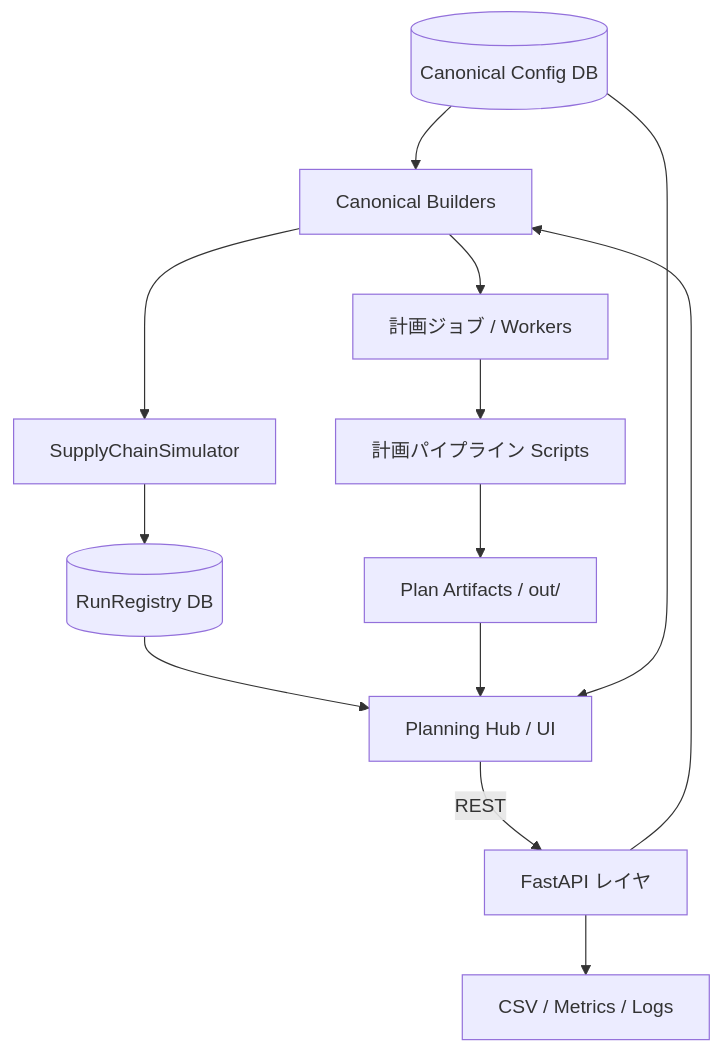
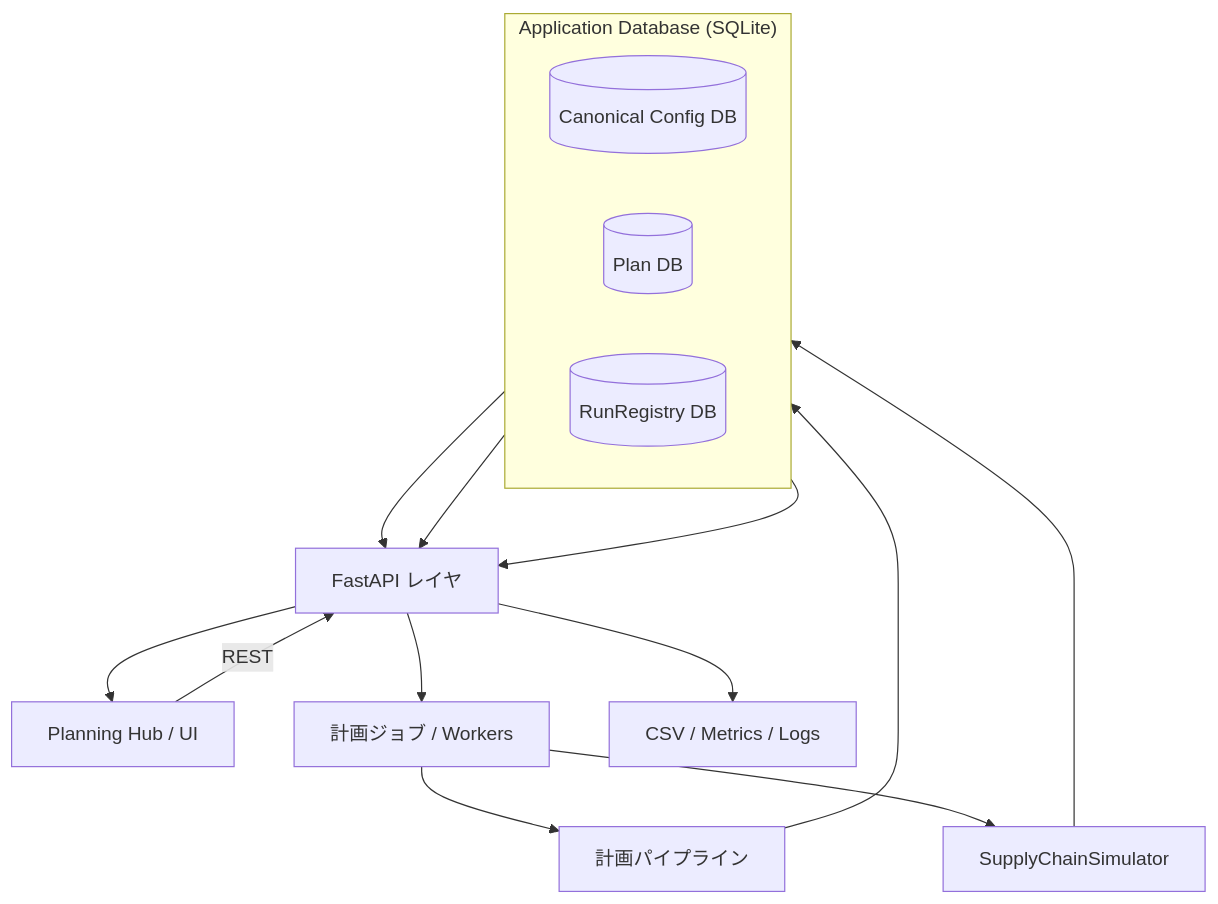
One commit to miumigy/scpln changed the third of 3 diagrams in README.md. Above: the diagram before and after it, drawn with Mermaid. The commit also changed other lines of this file, not shown here.

Commit message:
docs: アーキテクチャ図をPlan DB化に合わせて更新
ユーザーからの指摘を受け、README.mdのアーキテクチャ図を修正。
ファイルベースの成果物(`out/`)への言及を削除し、Plan DBを明示。
UIとパイプラインがDBを介して連携する現在のフローを反映させた。

````diff
--- a/README.md
+++ b/README.md
@@ -199,15 +199,27 @@
 ```mermaid
 flowchart TD
-  Config[(Canonical Config DB)] --> Builder[Canonical Builders]
+  subgraph "Application Database (SQLite)"
+    direction LR
+    ConfigDB[(Canonical Config DB)]
+    PlanDB[(Plan DB)]
+    RunDB[(RunRegistry DB)]
+  end
+
   UI[Planning Hub / UI] -->|REST| API[FastAPI レイヤ]
-  API --> Builder
-  Builder --> Jobs[計画ジョブ / Workers]
-  Builder --> Sim[SupplyChainSimulator]
-  Jobs --> Pipelines[計画パイプライン Scripts]
-  Pipelines --> Artifacts[Plan Artifacts / out/]
-  Sim --> RunDB[(RunRegistry DB)]
-  RunDB --> UI
-  Artifacts --> UI
+  
+  API --> Jobs[計画ジョブ / Workers]
+  
+  Jobs --> Pipelines[計画パイプライン]
+  Jobs --> Sim[SupplyChainSimulator]
+
+  Pipelines --> PlanDB
+  Sim --> RunDB
+
+  PlanDB --> API
+  RunDB --> API
+  ConfigDB --> API
+
+  API --> UI
+
   API --> Docs[CSV / Metrics / Logs]
-  Config --> UI
 ```
````
